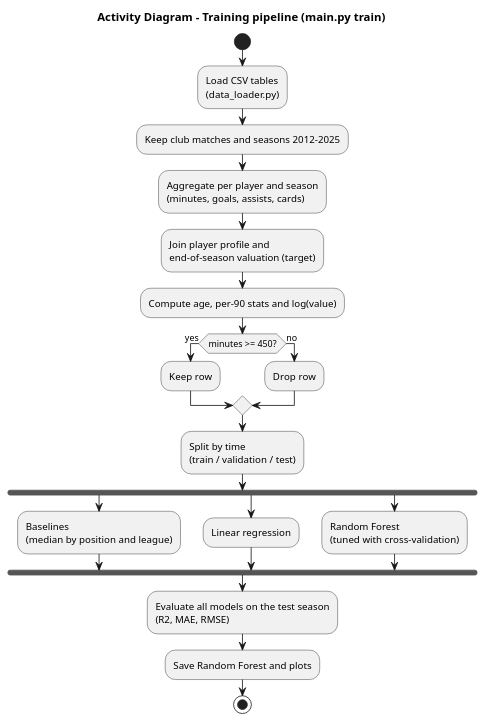
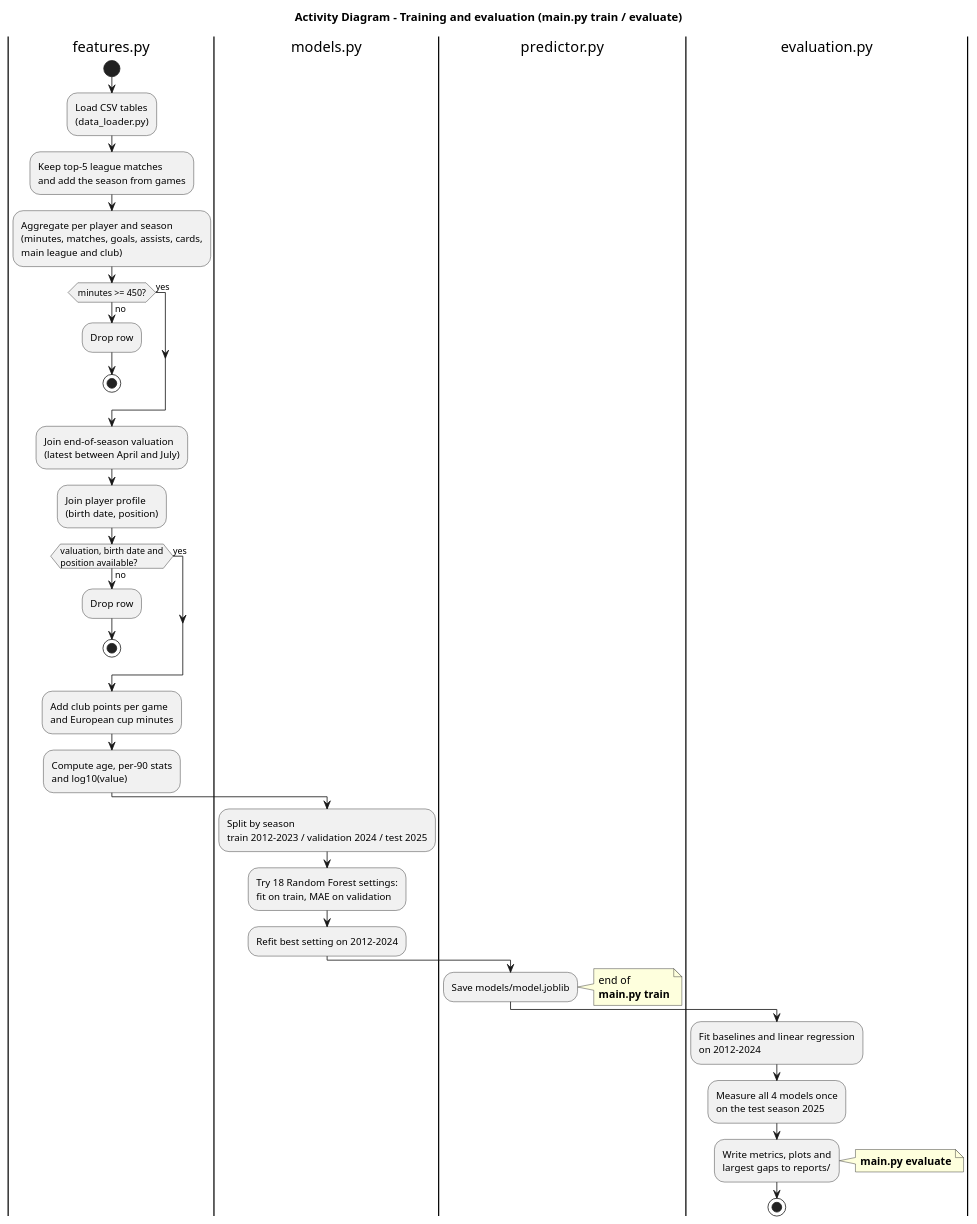
Before and after one commit to hugohf05/semestral-work-ite: the diagram in docs/diagrams/1_activity_training_pipeline.puml, drawn with PlantUML. The commit also changed 5 other files, not shown here.

Commit message:
Update UML diagrams to match the final code

```diff
--- a/docs/diagrams/1_activity_training_pipeline.puml
+++ b/docs/diagrams/1_activity_training_pipeline.puml
@@ -1,26 +1,38 @@
 @startuml
-title Activity Diagram - Training pipeline (main.py train)
+title Activity Diagram - Training and evaluation (main.py train / evaluate)
 
+|features.py|
 start
 :Load CSV tables\n(data_loader.py);
-:Keep club matches and seasons 2012-2025;
-:Aggregate per player and season\n(minutes, goals, assists, cards);
-:Join player profile and\nend-of-season valuation (target);
-:Compute age, per-90 stats and log(value);
+:Keep top-5 league matches\nand add the season from games;
+:Aggregate per player and season\n(minutes, matches, goals, assists, cards,\nmain league and club);
 if (minutes >= 450?) then (yes)
-  :Keep row;
 else (no)
   :Drop row;
+  stop
 endif
-:Split by time\n(train / validation / test);
-fork
-  :Baselines\n(median by position and league);
-fork again
-  :Linear regression;
-fork again
-  :Random Forest\n(tuned with cross-validation);
-end fork
-:Evaluate all models on the test season\n(R2, MAE, RMSE);
-:Save Random Forest and plots;
+:Join end-of-season valuation\n(latest between April and July);
+:Join player profile\n(birth date, position);
+if (valuation, birth date and\nposition available?) then (yes)
+else (no)
+  :Drop row;
+  stop
+endif
+:Add club points per game\nand European cup minutes;
+:Compute age, per-90 stats\nand log10(value);
+
+|models.py|
+:Split by season\ntrain 2012-2023 / validation 2024 / test 2025;
+:Try 18 Random Forest settings:\nfit on train, MAE on validation;
+:Refit best setting on 2012-2024;
+|predictor.py|
+:Save models/model.joblib;
+note right: end of\n**main.py train**
+
+|evaluation.py|
+:Fit baselines and linear regression\non 2012-2024;
+:Measure all 4 models once\non the test season 2025;
+:Write metrics, plots and\nlargest gaps to reports/;
+note right: **main.py evaluate**
 stop
 @enduml
```
